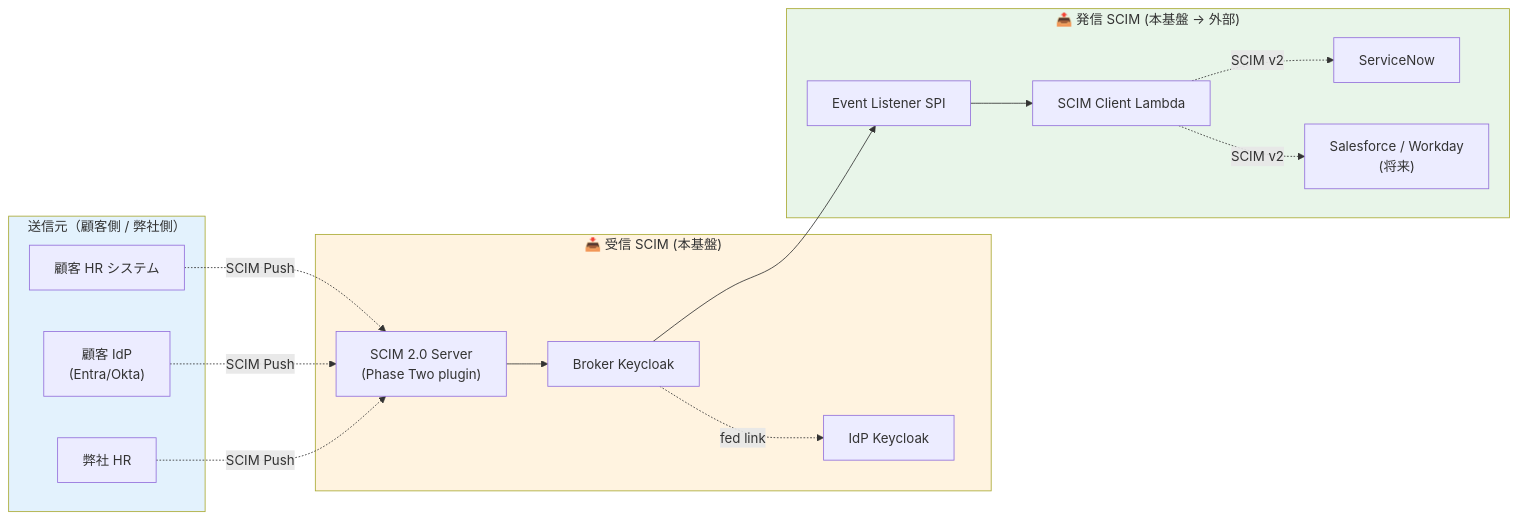
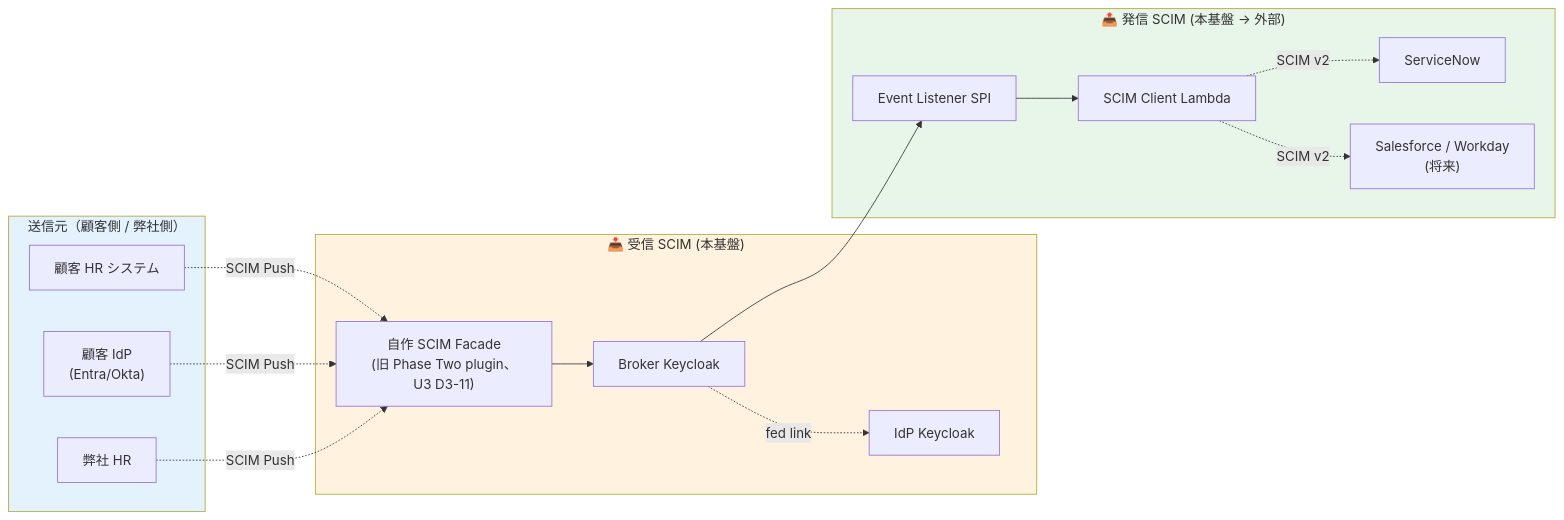
Before and after one commit to suepie/aws-atuh-poc: diagram 14 of 14 in doc/requirements/proposal/common/07-implementation-architecture.md, drawn with Mermaid. The commit also changed other lines of this file and 47 other files, not shown here.

````diff
--- a/doc/requirements/proposal/common/07-implementation-architecture.md
+++ b/doc/requirements/proposal/common/07-implementation-architecture.md
@@ -2210,35 +2257,35 @@
 ```mermaid
 flowchart LR
     subgraph Sources["送信元（顧客側 / 弊社側）"]
         CustHR["顧客 HR システム"]
         CustIdP["顧客 IdP<br/>(Entra/Okta)"]
         OurHR["弊社 HR"]
     end
 
     subgraph Receive["📥 受信 SCIM (本基盤)"]
-        SCIMServer["SCIM 2.0 Server<br/>(Phase Two plugin)"]
+        SCIMServer["自作 SCIM Facade<br/>(旧 Phase Two plugin、U3 D3-11)"]
         BrokerKC["Broker Keycloak"]
         IdPKC2["IdP Keycloak"]
     end
 
     subgraph Send["📤 発信 SCIM (本基盤 → 外部)"]
         EL2["Event Listener SPI"]
         SendLambda["SCIM Client Lambda"]
         SN2["ServiceNow"]
         OtherSaaS["Salesforce / Workday<br/>(将来)"]
     end
 
     CustHR -.SCIM Push.-> SCIMServer
     CustIdP -.SCIM Push.-> SCIMServer
     OurHR -.SCIM Push.-> SCIMServer
     SCIMServer --> BrokerKC
     BrokerKC -.fed link.-> IdPKC2
     BrokerKC --> EL2
     EL2 --> SendLambda
     SendLambda -.SCIM v2.-> SN2
     SendLambda -.SCIM v2.-> OtherSaaS
 
     style Sources fill:#e3f2fd
     style Receive fill:#fff3e0
     style Send fill:#e8f5e9
 ```
````
